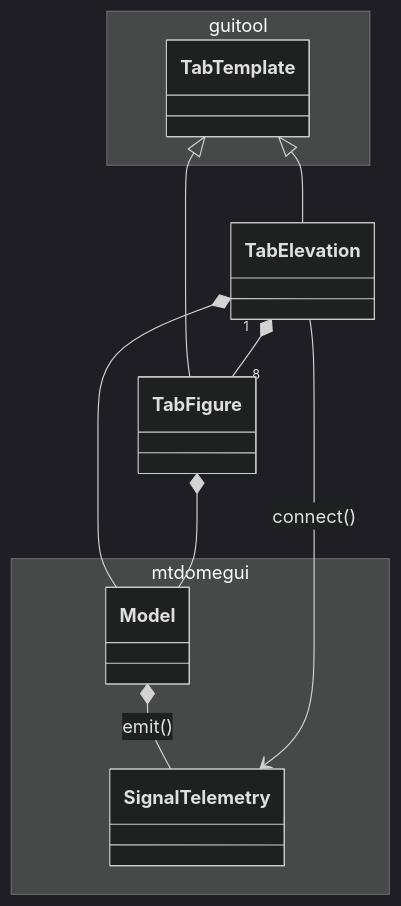
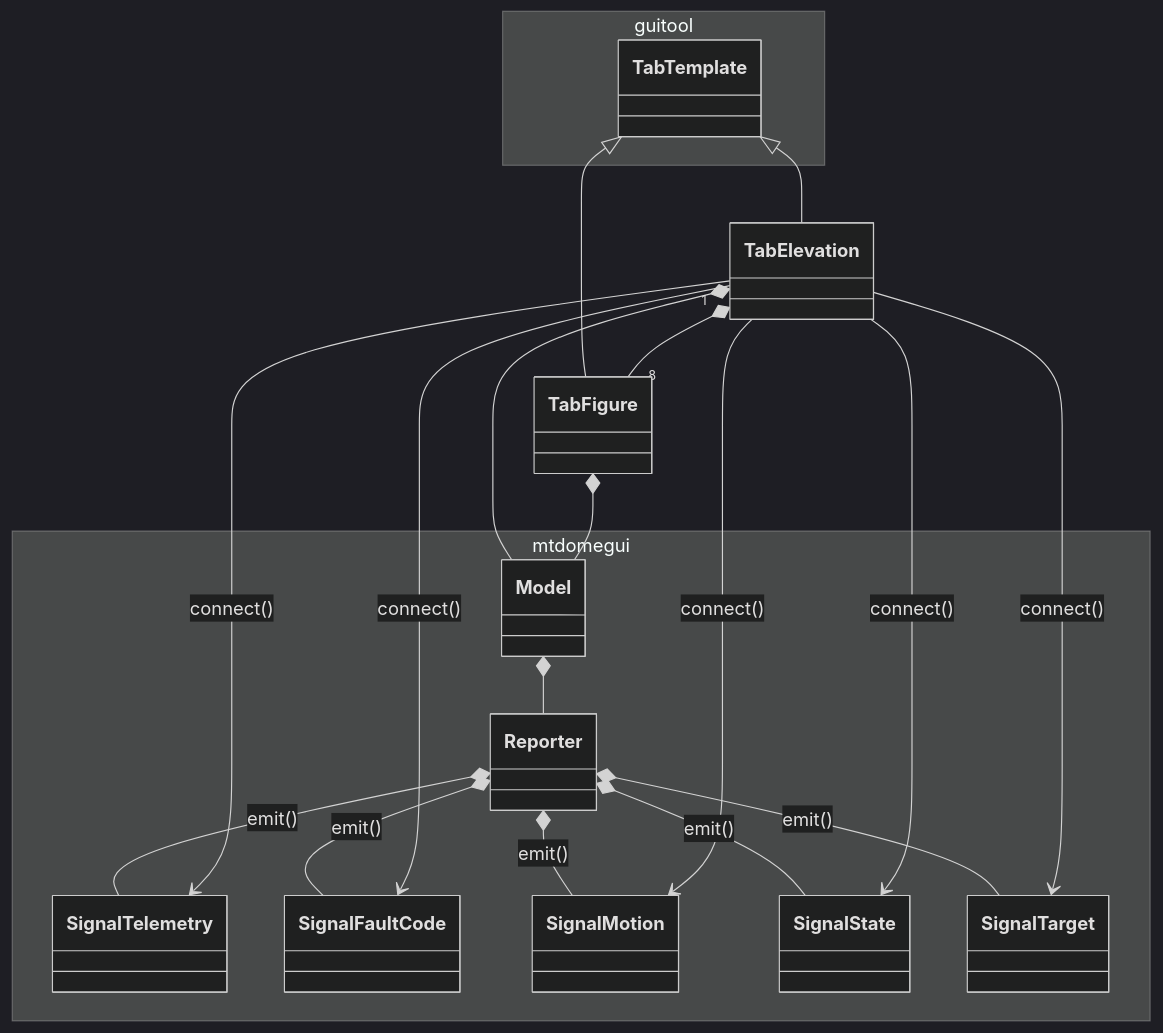
One commit to lsst-ts/ts_mtdomegui changed the diagram in doc/uml/tab/class_tab_elevation.mmd. Above: the diagram before and after it, drawn with Mermaid (dark theme). The commit also changed 10 other files, not shown here.

```diff
--- a/doc/uml/tab/class_tab_elevation.mmd
+++ b/doc/uml/tab/class_tab_elevation.mmd
@@ -1,21 +1,36 @@
 classDiagram
 
 namespace guitool {
   class TabTemplate
 }
 
 namespace mtdomegui {
   class Model
+  class Reporter
   class SignalTelemetry
+  class SignalFaultCode
+  class SignalMotion
+  class SignalState
+  class SignalTarget
 }
 
-Model *-- SignalTelemetry : emit()
+Model *-- Reporter
+
+Reporter *-- SignalTelemetry : emit()
+Reporter *-- SignalFaultCode : emit()
+Reporter *-- SignalMotion : emit()
+Reporter *-- SignalState : emit()
+Reporter *-- SignalTarget : emit()
 
 TabTemplate <|-- TabElevation
 TabTemplate <|-- TabFigure
 
 TabElevation *-- Model
 TabElevation "1" *-- "8" TabFigure
 TabElevation --> SignalTelemetry : connect()
+TabElevation --> SignalFaultCode : connect()
+TabElevation --> SignalMotion : connect()
+TabElevation --> SignalState : connect()
+TabElevation --> SignalTarget : connect()
 
 TabFigure *-- Model
```
